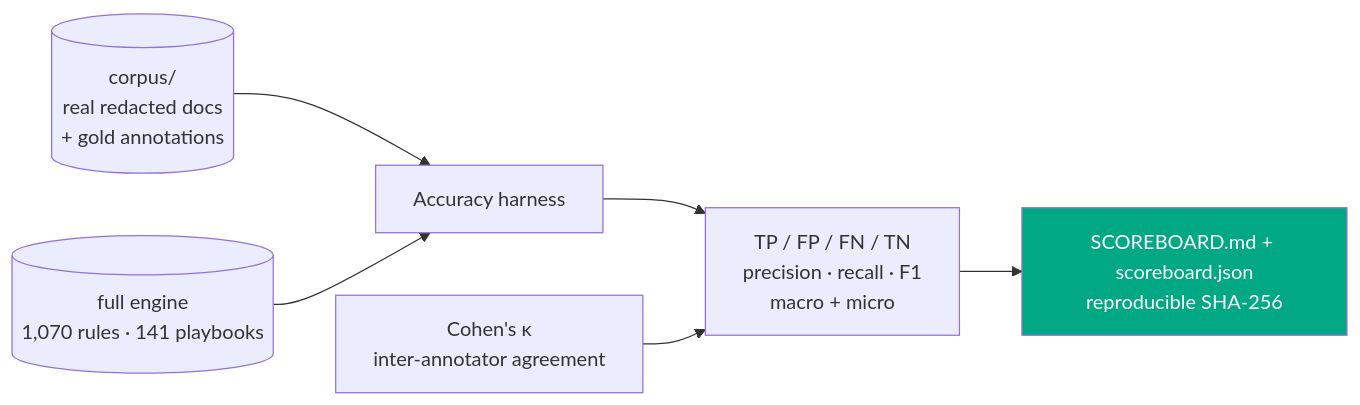
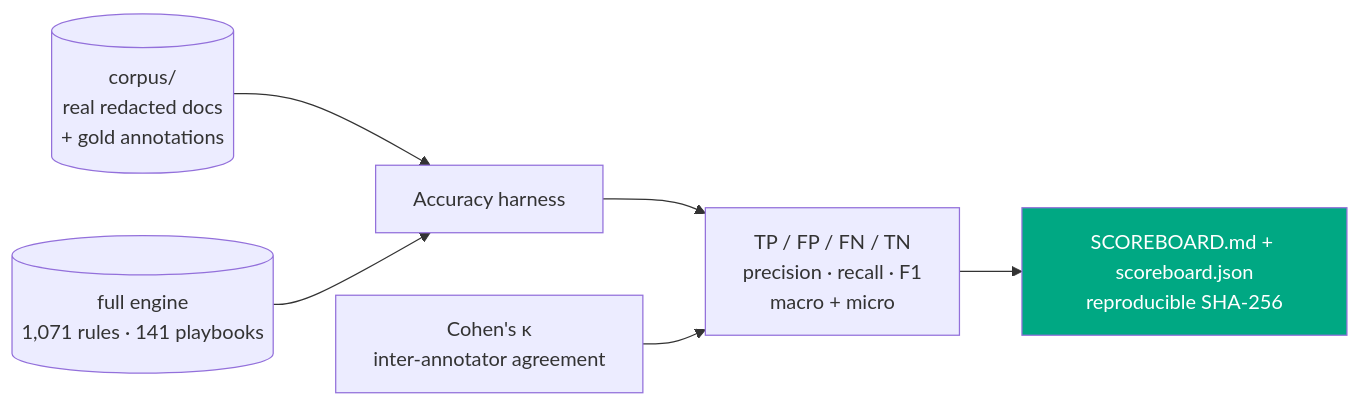
Before and after one commit to clay-good/vaulytica: the seventh of 11 diagrams in README.md, drawn with Mermaid. The commit also changed other lines of this file and 363 other files, not shown here.

````diff
--- a/README.md
+++ b/README.md
@@ -1204,9 +1204,9 @@
 ```mermaid
 flowchart LR
   C[(corpus/<br/>real redacted docs<br/>+ gold annotations)] --> H[Accuracy harness]
-  R[(full engine<br/>1,070 rules · 141 playbooks)] --> H
+  R[(full engine<br/>1,071 rules · 141 playbooks)] --> H
   H --> M[TP / FP / FN / TN<br/>precision · recall · F1<br/>macro + micro]
   M --> S[SCOREBOARD.md + scoreboard.json<br/>reproducible SHA-256]
   K[Cohen's κ<br/>inter-annotator agreement] --> M
   style S fill:#00A883,color:#fff
 ```
````
